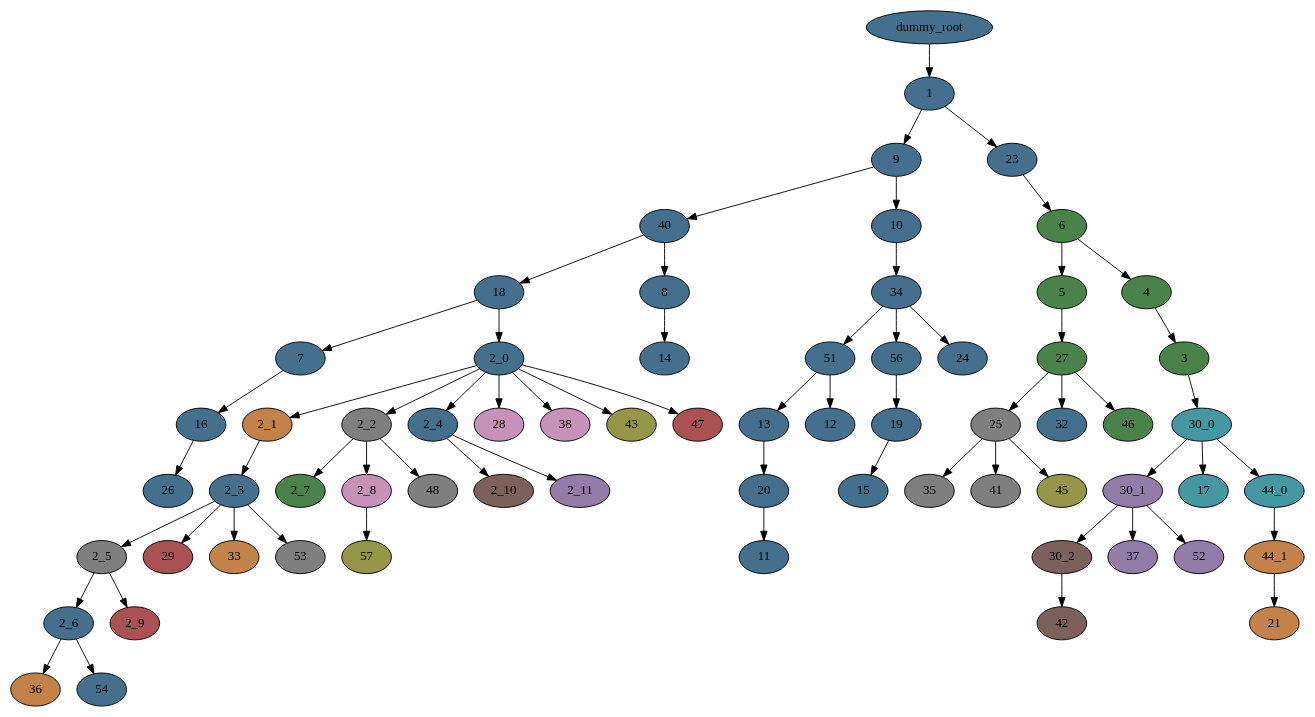
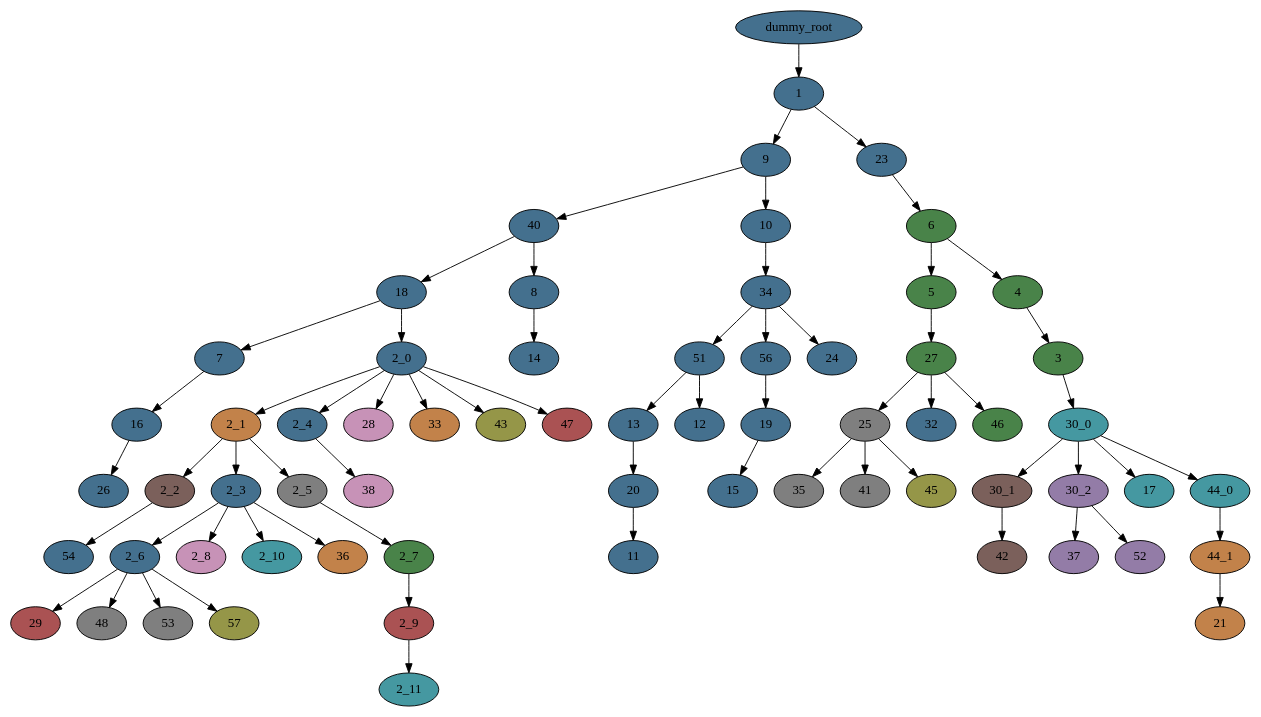
One commit to noahcape/pmh-rp changed the diagram in trees/CRUKP8172/tlp/tlp_output_colored_tree.dot. Above: the diagram before and after it, drawn with Graphviz. The commit also changed 255 other files, not shown here.

```diff
--- a/trees/CRUKP8172/tlp/tlp_output_colored_tree.dot
+++ b/trees/CRUKP8172/tlp/tlp_output_colored_tree.dot
@@ -1,133 +1,133 @@
 digraph T {
 	"9" [fillcolor="#44708e", style=filled];
 	"40" [fillcolor="#44708e", style=filled];
 	"10" [fillcolor="#44708e", style=filled];
 	"18" [fillcolor="#44708e", style=filled];
 	"8" [fillcolor="#44708e", style=filled];
 	"23" [fillcolor="#44708e", style=filled];
 	"6" [fillcolor="#498349", style=filled];
 	"5" [fillcolor="#498349", style=filled];
 	"4" [fillcolor="#498349", style=filled];
 	"1" [fillcolor="#44708e", style=filled];
 	"34" [fillcolor="#44708e", style=filled];
 	"51" [fillcolor="#44708e", style=filled];
 	"56" [fillcolor="#44708e", style=filled];
 	"24" [fillcolor="#44708e", style=filled];
 	"13" [fillcolor="#44708e", style=filled];
 	"12" [fillcolor="#44708e", style=filled];
 	"27" [fillcolor="#498349", style=filled];
 	"3" [fillcolor="#498349", style=filled];
 	"30_0" [fillcolor="#4598a1", style=filled];
 	"20" [fillcolor="#44708e", style=filled];
 	"19" [fillcolor="#44708e", style=filled];
 	"7" [fillcolor="#44708e", style=filled];
 	"2_0" [fillcolor="#44708e", style=filled];
 	"25" [fillcolor="#7f7f7f", style=filled];
 	"32" [fillcolor="#44708e", style=filled];
 	"46" [fillcolor="#498349", style=filled];
 	"16" [fillcolor="#44708e", style=filled];
 	"11" [fillcolor="#44708e", style=filled];
 	"14" [fillcolor="#44708e", style=filled];
 	"15" [fillcolor="#44708e", style=filled];
 	"35" [fillcolor="#7f7f7f", style=filled];
 	"41" [fillcolor="#7f7f7f", style=filled];
 	"45" [fillcolor="#959648", style=filled];
 	"26" [fillcolor="#44708e", style=filled];
-	"30_1" [fillcolor="#937ca7", style=filled];
+	"30_1" [fillcolor="#7b605b", style=filled];
+	"30_2" [fillcolor="#937ca7", style=filled];
 	"17" [fillcolor="#4598a1", style=filled];
 	"44_0" [fillcolor="#4598a1", style=filled];
-	"30_2" [fillcolor="#7b605b", style=filled];
+	"42" [fillcolor="#7b605b", style=filled];
 	"37" [fillcolor="#937ca7", style=filled];
 	"52" [fillcolor="#937ca7", style=filled];
-	"42" [fillcolor="#7b605b", style=filled];
 	"44_1" [fillcolor="#c2824a", style=filled];
 	"21" [fillcolor="#c2824a", style=filled];
 	"2_1" [fillcolor="#c2824a", style=filled];
-	"2_2" [fillcolor="#7f7f7f", style=filled];
 	"2_4" [fillcolor="#44708e", style=filled];
 	"28" [fillcolor="#c792b7", style=filled];
-	"38" [fillcolor="#c792b7", style=filled];
+	"33" [fillcolor="#c2824a", style=filled];
 	"43" [fillcolor="#959648", style=filled];
 	"47" [fillcolor="#aa5253", style=filled];
+	"2_2" [fillcolor="#7b605b", style=filled];
 	"2_3" [fillcolor="#44708e", style=filled];
+	"2_5" [fillcolor="#7f7f7f", style=filled];
+	"54" [fillcolor="#44708e", style=filled];
+	"2_6" [fillcolor="#44708e", style=filled];
+	"2_8" [fillcolor="#c792b7", style=filled];
+	"2_10" [fillcolor="#4598a1", style=filled];
+	"36" [fillcolor="#c2824a", style=filled];
+	"38" [fillcolor="#c792b7", style=filled];
 	"2_7" [fillcolor="#498349", style=filled];
-	"2_8" [fillcolor="#c792b7", style=filled];
+	"29" [fillcolor="#aa5253", style=filled];
 	"48" [fillcolor="#7f7f7f", style=filled];
-	"2_5" [fillcolor="#7f7f7f", style=filled];
-	"29" [fillcolor="#aa5253", style=filled];
-	"33" [fillcolor="#c2824a", style=filled];
 	"53" [fillcolor="#7f7f7f", style=filled];
-	"2_10" [fillcolor="#7b605b", style=filled];
-	"2_11" [fillcolor="#937ca7", style=filled];
-	"2_6" [fillcolor="#44708e", style=filled];
+	"57" [fillcolor="#959648", style=filled];
 	"2_9" [fillcolor="#aa5253", style=filled];
-	"36" [fillcolor="#c2824a", style=filled];
-	"54" [fillcolor="#44708e", style=filled];
-	"57" [fillcolor="#959648", style=filled];
+	"2_11" [fillcolor="#4598a1", style=filled];
 	"dummy_root" [fillcolor="#44708e", style=filled];
 	"9" -> "40";
 	"9" -> "10";
 	"40" -> "18";
 	"40" -> "8";
 	"10" -> "34";
 	"18" -> "7";
 	"18" -> "2_0";
 	"8" -> "14";
 	"23" -> "6";
 	"6" -> "5";
 	"6" -> "4";
 	"5" -> "27";
 	"4" -> "3";
 	"1" -> "23";
 	"1" -> "9";
 	"34" -> "51";
 	"34" -> "56";
 	"34" -> "24";
 	"51" -> "13";
 	"51" -> "12";
 	"56" -> "19";
 	"13" -> "20";
 	"27" -> "25";
 	"27" -> "32";
 	"27" -> "46";
 	"3" -> "30_0";
 	"30_0" -> "30_1";
+	"30_0" -> "30_2";
 	"30_0" -> "17";
 	"30_0" -> "44_0";
 	"20" -> "11";
 	"19" -> "15";
 	"7" -> "16";
 	"2_0" -> "2_1";
-	"2_0" -> "2_2";
 	"2_0" -> "2_4";
 	"2_0" -> "28";
-	"2_0" -> "38";
+	"2_0" -> "33";
 	"2_0" -> "43";
 	"2_0" -> "47";
 	"25" -> "35";
 	"25" -> "41";
 	"25" -> "45";
 	"16" -> "26";
-	"30_1" -> "30_2";
-	"30_1" -> "37";
-	"30_1" -> "52";
+	"30_1" -> "42";
+	"30_2" -> "37";
+	"30_2" -> "52";
 	"44_0" -> "44_1";
-	"30_2" -> "42";
 	"44_1" -> "21";
+	"2_1" -> "2_2";
 	"2_1" -> "2_3";
-	"2_2" -> "2_7";
-	"2_2" -> "2_8";
-	"2_2" -> "48";
-	"2_4" -> "2_10";
-	"2_4" -> "2_11";
-	"2_3" -> "2_5";
-	"2_3" -> "29";
-	"2_3" -> "33";
-	"2_3" -> "53";
-	"2_8" -> "57";
-	"2_5" -> "2_6";
-	"2_5" -> "2_9";
-	"2_6" -> "36";
-	"2_6" -> "54";
+	"2_1" -> "2_5";
+	"2_4" -> "38";
+	"2_2" -> "54";
+	"2_3" -> "2_6";
+	"2_3" -> "2_8";
+	"2_3" -> "2_10";
+	"2_3" -> "36";
+	"2_5" -> "2_7";
+	"2_6" -> "29";
+	"2_6" -> "48";
+	"2_6" -> "53";
+	"2_6" -> "57";
+	"2_7" -> "2_9";
+	"2_9" -> "2_11";
 	"dummy_root" -> "1";
 }
```
